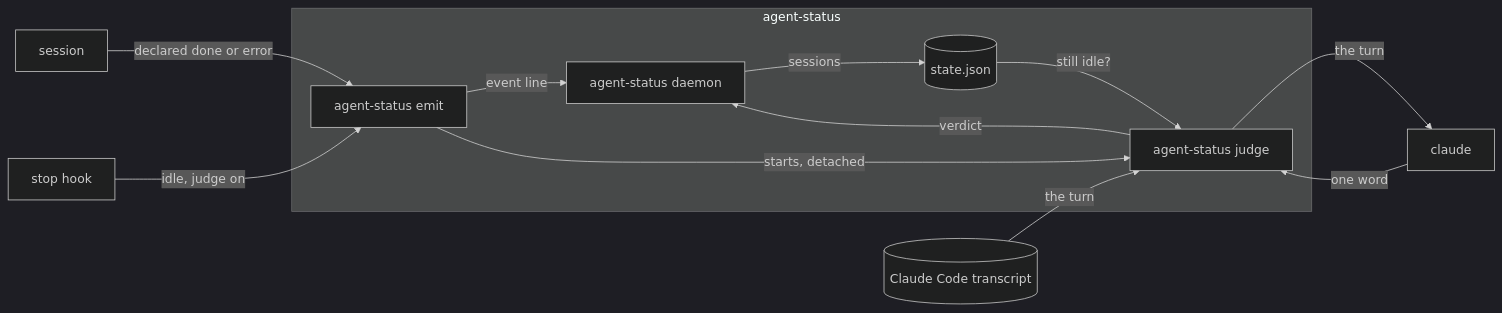
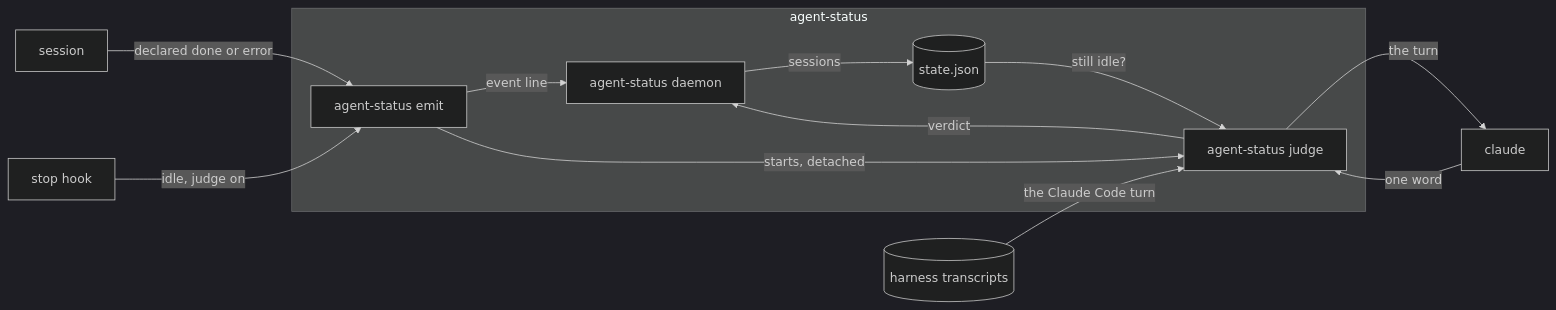
One commit to jvrsantacruz/agent-status changed the diagram in docs/systems/agent-status/agent-status-outcome-spec.md. Above: the diagram before and after it, drawn with Mermaid (dark theme). The commit also changed other lines of this file and 3 other files, not shown here.

Commit message:
docs: intent merges the short name into session metadata, private-text covers any harness, transcripts in the general diagram

````diff
--- a/docs/systems/agent-status/agent-status-outcome-spec.md
+++ b/docs/systems/agent-status/agent-status-outcome-spec.md
@@ -13,15 +13,15 @@
 ```mermaid
 flowchart LR
   agent[session] -- declared done or error --> emit
   hook[stop hook] -- idle, judge on --> emit
   subgraph agent-status
     emit[agent-status emit] -- event line --> daemon[agent-status daemon]
     emit -- starts, detached --> judge[agent-status judge]
     daemon -- sessions --> state[(state.json)]
     state -- still idle? --> judge
     judge -- verdict --> daemon
   end
-  transcript[(Claude Code transcript)] -- the turn --> judge
+  transcript[(harness transcripts)] -- the Claude Code turn --> judge
   judge -- the turn --> model[claude]
   model -- one word --> judge
 ```
````
